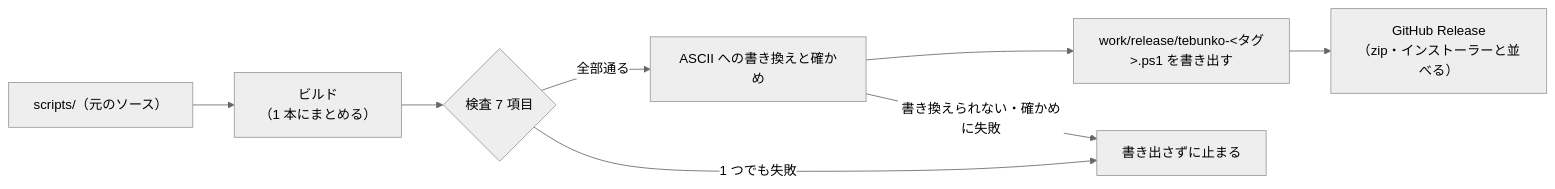
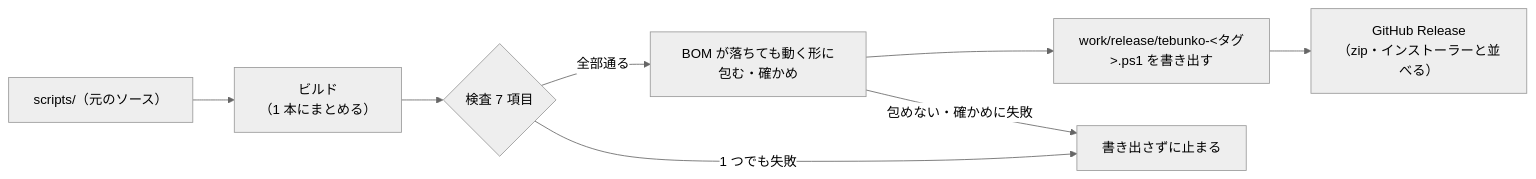
One commit to hsgwa/tebunko changed the first of 2 diagrams in docs/design/structure/single-script.md. Above: the diagram before and after it, drawn with Mermaid (neutral theme). The commit also changed other lines of this file and 2 other files, not shown here.

First line of the commit message:
docs: 単一 .ps1 の文字コードの説明を、日本語のまま BOM が落ちても動く形に直す

````diff
--- a/docs/design/structure/single-script.md
+++ b/docs/design/structure/single-script.md
@@ -17,10 +17,10 @@
 ```mermaid
 flowchart LR
     S["scripts/（元のソース）"] --> B["ビルド<br>（1 本にまとめる）"]
     B --> C{"検査 7 項目"}
-    C -->|全部通る| A["ASCII への書き換えと確かめ"]
+    C -->|全部通る| A["BOM が落ちても動く形に包む・確かめ"]
     A --> W["work/release/tebunko-#lt;タグ#gt;.ps1 を書き出す"]
     C -->|1 つでも失敗| X["書き出さずに止まる"]
-    A -->|書き換えられない・確かめに失敗| X
+    A -->|包めない・確かめに失敗| X
     W --> R["GitHub Release<br>（zip・インストーラーと並べる）"]
 ```
````
